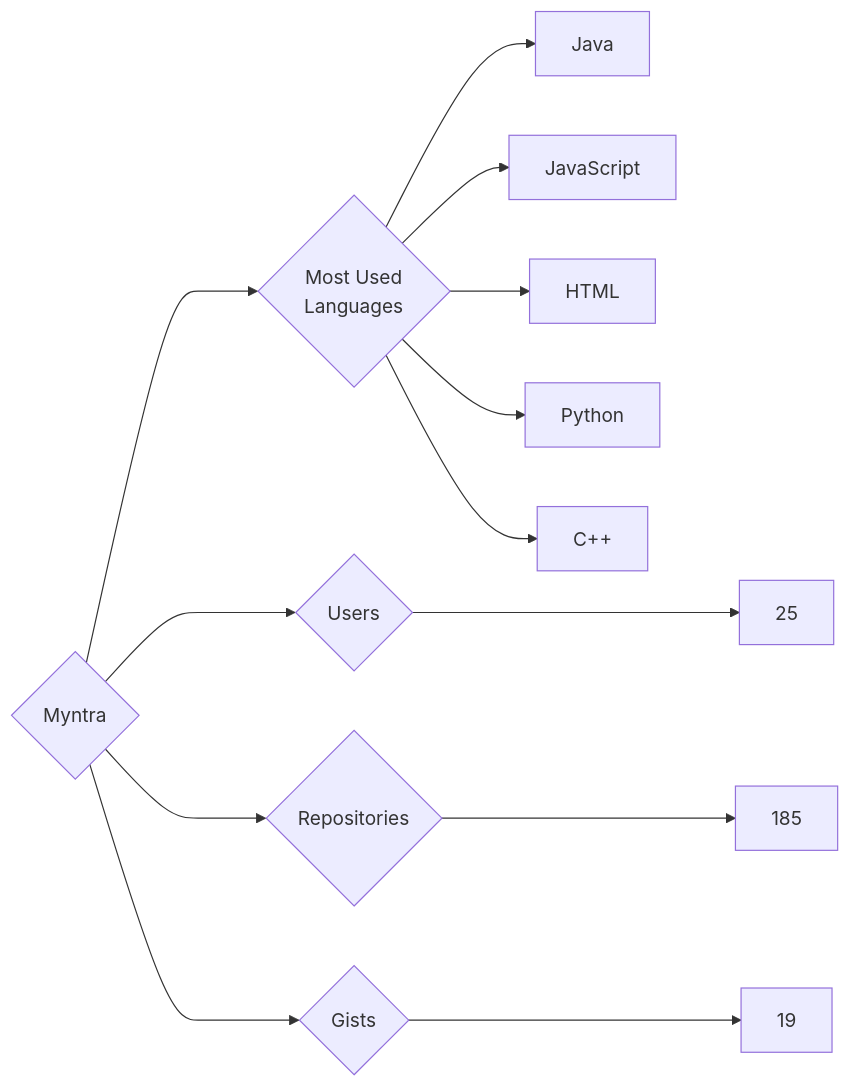
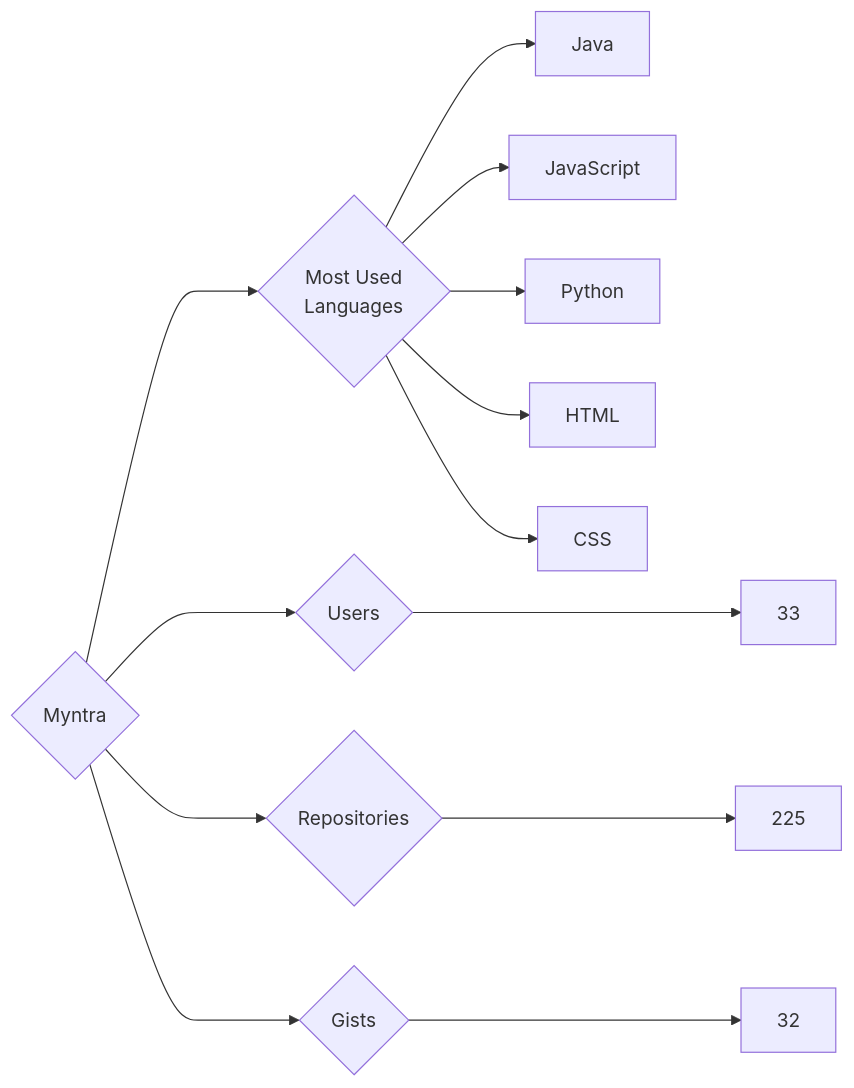
The diagram in targets/Myntra/README.md (trickest/insiders), drawn with Mermaid before and after one commit. The commit also changed 955 other files, not shown here.

````diff
--- a/targets/Myntra/README.md
+++ b/targets/Myntra/README.md
@@ -3,13 +3,13 @@
 ```mermaid
 graph LR
 COMPANY_NAME{Myntra}
-COMPANY_NAME ---> U{Users} ---> UN[25]
-COMPANY_NAME ---> R{Repositories} ---> RN[185]
-COMPANY_NAME ---> G{Gists} ---> GN[19]
+COMPANY_NAME ---> U{Users} ---> UN[33]
+COMPANY_NAME ---> R{Repositories} ---> RN[225]
+COMPANY_NAME ---> G{Gists} ---> GN[32]
 COMPANY_NAME ---> ML{Most Used<br>Languages}
 ML --> Java[Java]
 ML --> JavaScript[JavaScript]
+ML --> Python[Python]
 ML --> HTML[HTML]
-ML --> Python[Python]
-ML --> C++[C++]
+ML --> CSS[CSS]
 ```
````
